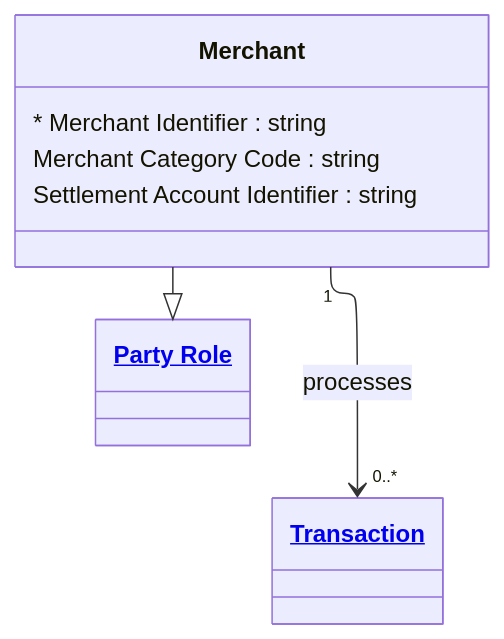
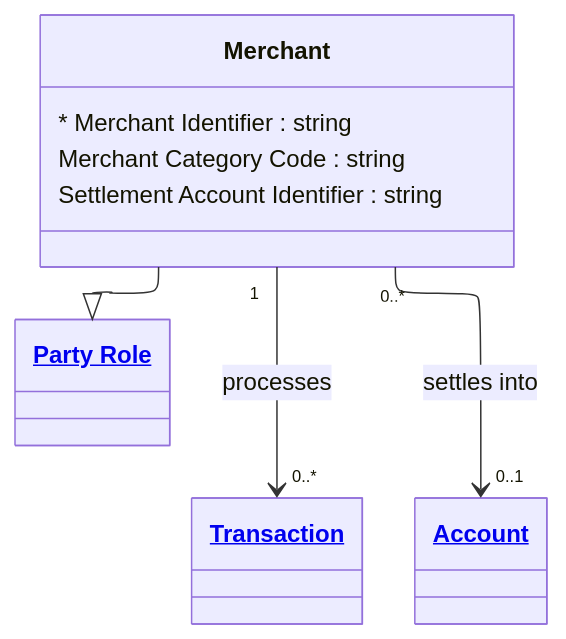
Before and after one commit to Semprini/md-ddl: the diagram in examples/Financial Crime/entities/merchant.md, drawn with Mermaid. The commit also changed other lines of this file and 12 other files, not shown here.

````diff
--- a/examples/Financial Crime/entities/merchant.md
+++ b/examples/Financial Crime/entities/merchant.md
@@ -9,18 +9,20 @@
 ```mermaid
 ---
 config:
   layout: elk
 ---
 classDiagram
   class Merchant{
     * Merchant Identifier : string
     Merchant Category Code : string
     Settlement Account Identifier : string
   }
 
   Merchant --|> PartyRole
   Merchant "1" --> "0..*" Transaction : processes
+  Merchant "0..*" --> "0..1" Account : settles into
 
   class PartyRole["<a href='party_role.md'>Party Role</a>"]
   class Transaction["<a href='transaction.md'>Transaction</a>"]
+  class Account["<a href='account.md'>Account</a>"]  
 ```
````
